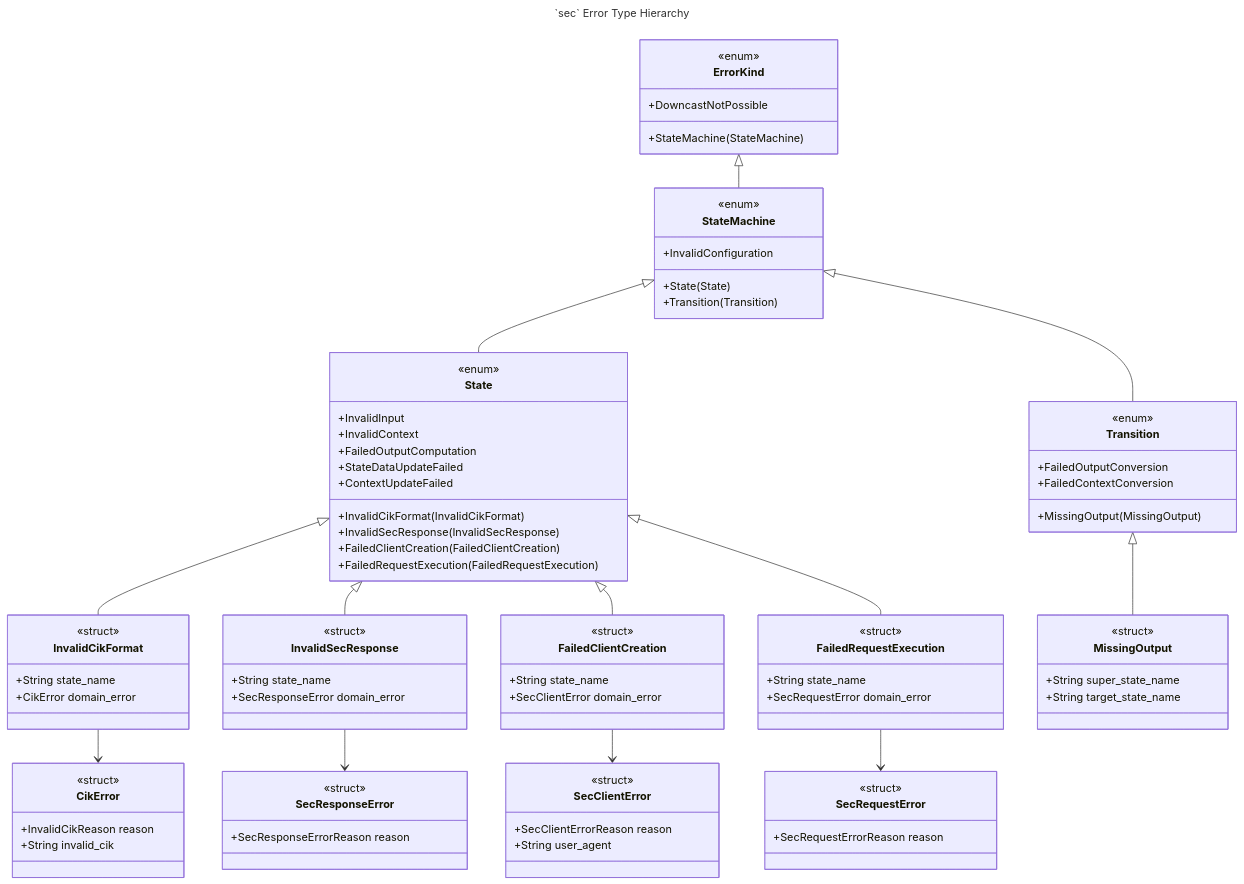
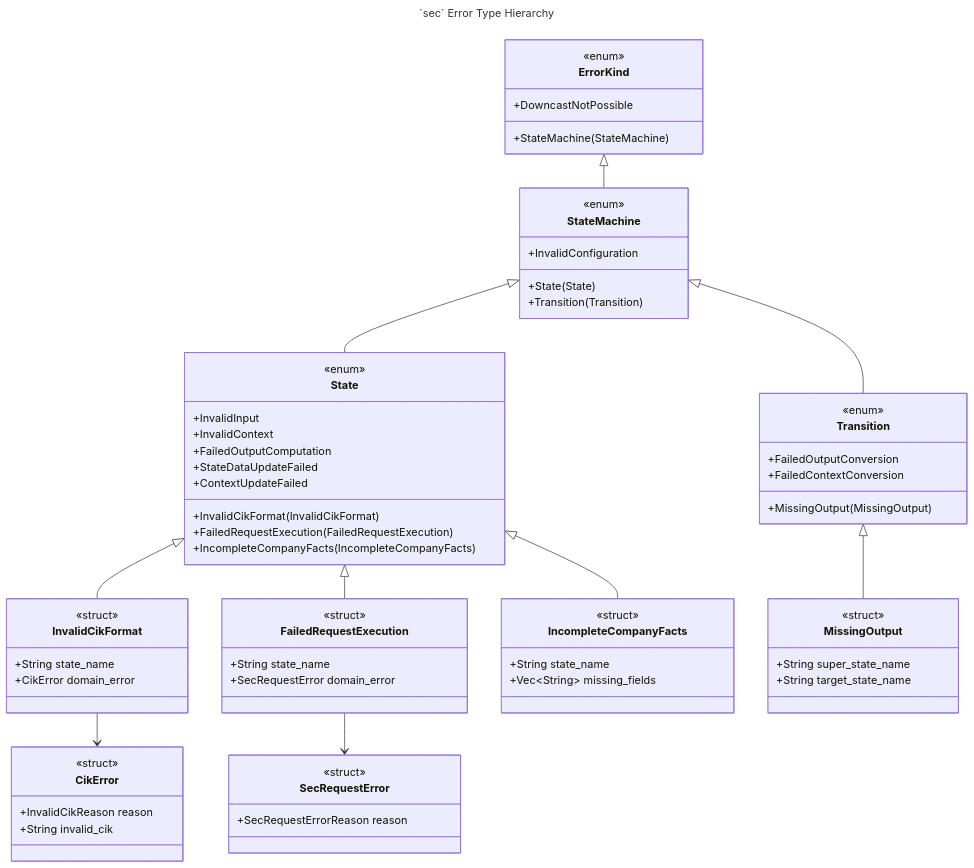
One commit to ironcapitaleu/arkad changed the third of 3 diagrams in README.md. Above: the diagram before and after it, drawn with Mermaid. The commit also changed other lines of this file and 109 other files, not shown here.

````diff
--- a/README.md
+++ b/README.md
@@ -163,9 +163,8 @@
     class State {
         <<enum>>
         +InvalidCikFormat(InvalidCikFormat)
-        +InvalidSecResponse(InvalidSecResponse)
-        +FailedClientCreation(FailedClientCreation)
         +FailedRequestExecution(FailedRequestExecution)
+        +IncompleteCompanyFacts(IncompleteCompanyFacts)
         +InvalidInput
         +InvalidContext
         +FailedOutputComputation
@@ -183,20 +182,15 @@
         +String state_name
         +CikError domain_error
     }
-    class InvalidSecResponse{
-        <<struct>>
-        +String state_name
-        +SecResponseError domain_error
-    }
-    class FailedClientCreation{
-        <<struct>>
-        +String state_name
-        +SecClientError domain_error
-    }
     class FailedRequestExecution{
         <<struct>>
         +String state_name
         +SecRequestError domain_error
+    }
+    class IncompleteCompanyFacts{
+        <<struct>>
+        +String state_name
+        +Vec~String~ missing_fields
     }
     class MissingOutput{
         <<struct>>
@@ -208,15 +202,6 @@
         +InvalidCikReason reason
         +String invalid_cik
     }
-    class SecResponseError{
-        <<struct>>
-        +SecResponseErrorReason reason
-    }
-    class SecClientError{
-        <<struct>>
-        +SecClientErrorReason reason
-        +String user_agent
-    }
     class SecRequestError{
         <<struct>>
         +SecRequestErrorReason reason
@@ -225,12 +210,9 @@
     StateMachine <|-- State
     StateMachine <|-- Transition
     State <|-- InvalidCikFormat
-    State <|-- InvalidSecResponse
-    State <|-- FailedClientCreation
     State <|-- FailedRequestExecution
+    State <|-- IncompleteCompanyFacts
     Transition <|-- MissingOutput
     InvalidCikFormat --> CikError
-    InvalidSecResponse --> SecResponseError
-    FailedClientCreation --> SecClientError
     FailedRequestExecution --> SecRequestError
 ```
````
